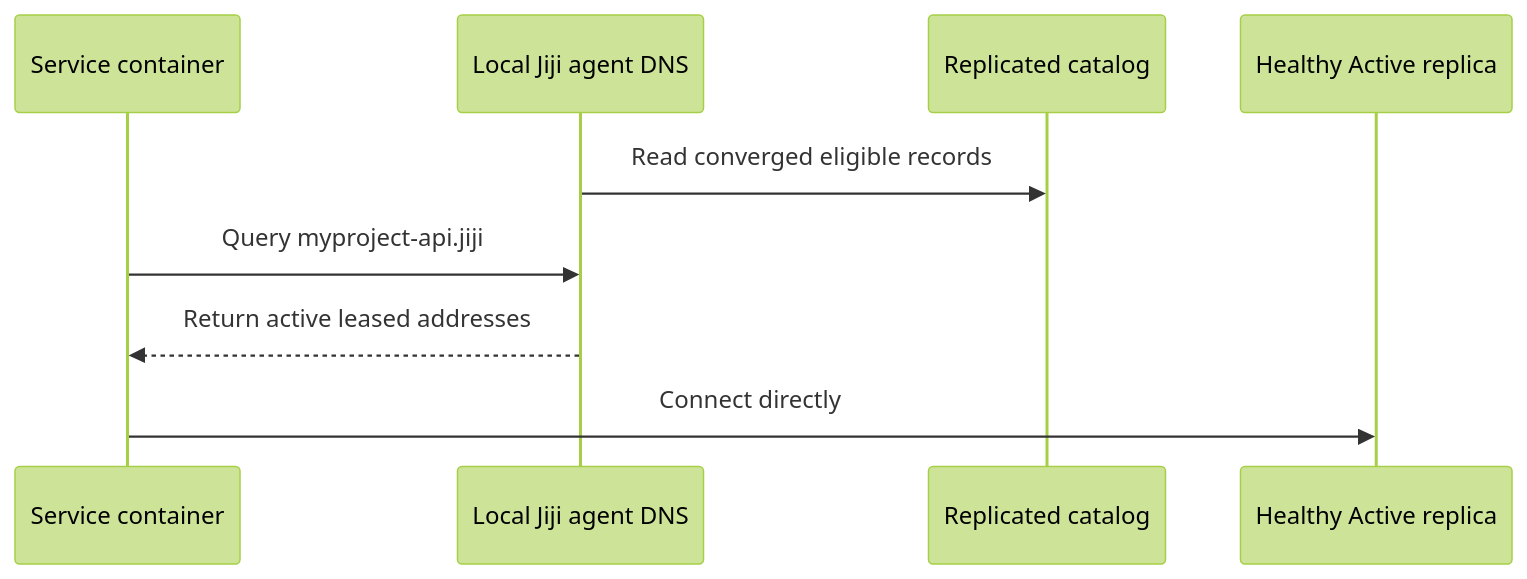
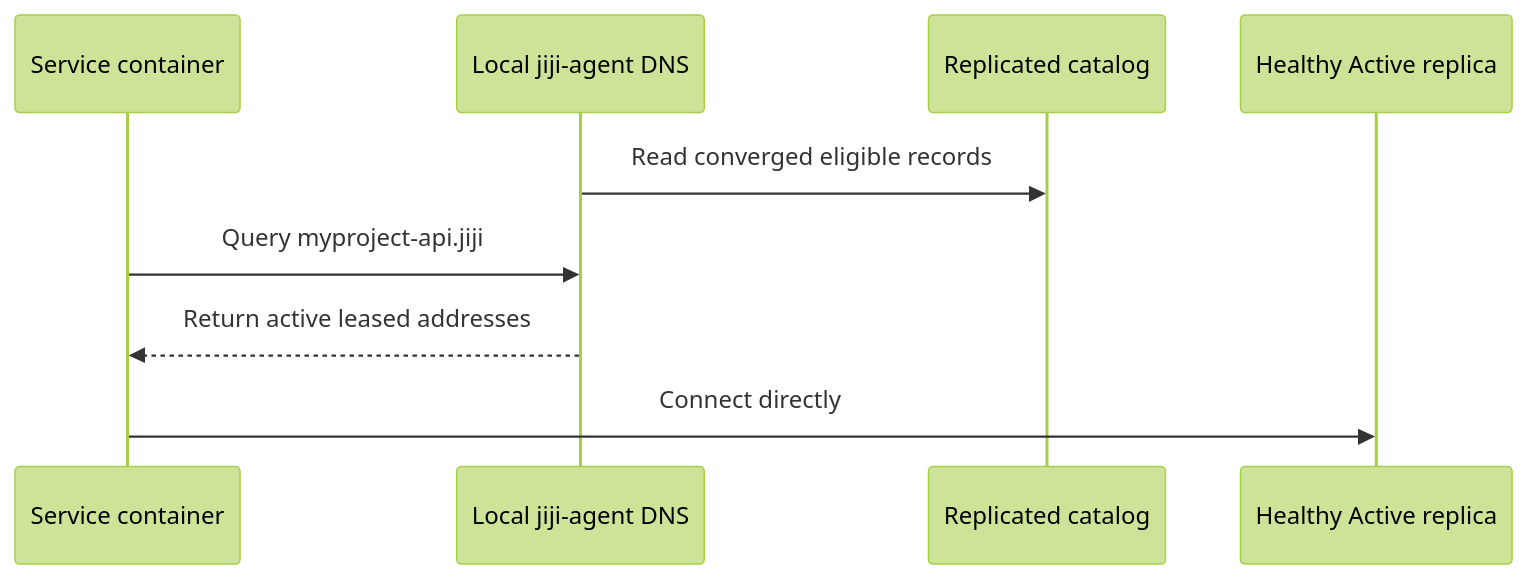
One commit to acidtib/jiji-website changed the third of 3 diagrams in app/docs/getting-started/architecture/page.mdx. Above: the diagram before and after it, drawn with Mermaid (forest theme). The commit also changed other lines of this file and 12 other files, not shown here.

````diff
--- a/app/docs/getting-started/architecture/page.mdx
+++ b/app/docs/getting-started/architecture/page.mdx
@@ -124,14 +128,14 @@
 ```mermaid
 sequenceDiagram
   accTitle: Distributed service discovery
   accDescr: A container queries its local project agent. The agent returns only healthy Active catalog addresses, and the container connects directly over the routed project network.
   participant app as Service container
-  participant dns as Local Jiji agent DNS
+  participant dns as Local jiji-agent DNS
   participant catalog as Replicated catalog
   participant backend as Healthy Active replica
 
   dns->>catalog: Read converged eligible records
   app->>dns: Query myproject-api.jiji
   dns-->>app: Return active leased addresses
   app->>backend: Connect directly
 ```
````
